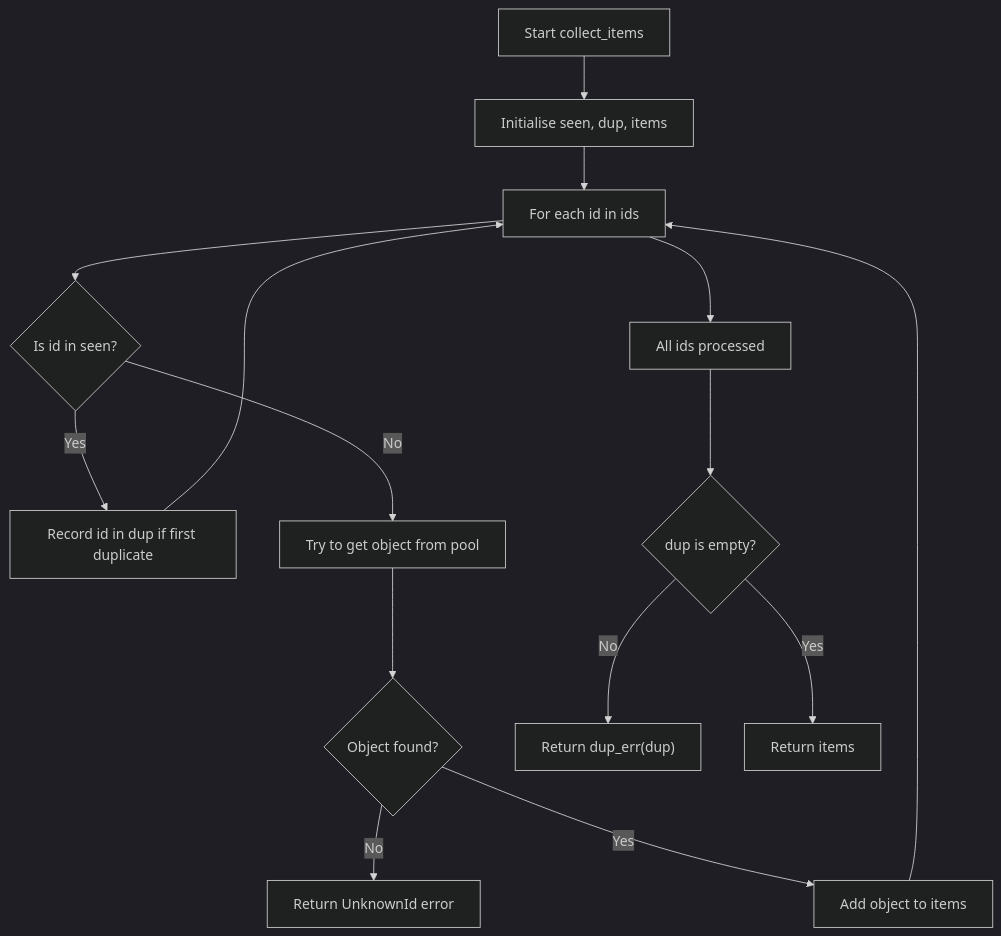
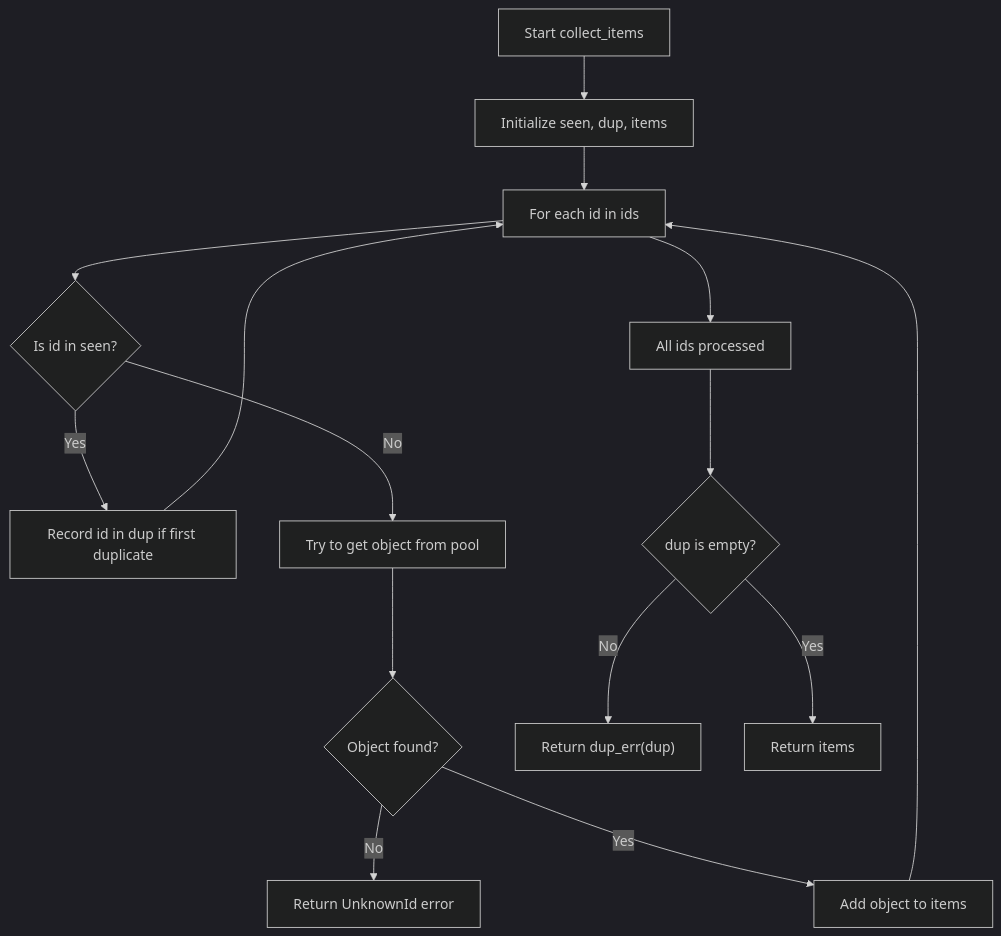
Before and after one commit to leynos/femtologging: the sixth of 6 diagrams in docs/configuration-design.md, drawn with Mermaid (dark theme). The commit also changed other lines of this file and 50 other files, not shown here.

````diff
--- a/docs/configuration-design.md
+++ b/docs/configuration-design.md
@@ -1020,17 +1022,17 @@
 ```mermaid
 flowchart TD
-    A["Start collect_items"] --> B["Initialise seen, dup, items"]
+    A["Start collect_items"] --> B["Initialize seen, dup, items"]
     B --> C["For each id in ids"]
     C --> D{Is id in seen?}
     D -- Yes --> E["Record id in dup if first duplicate"]
     D -- No --> F["Try to get object from pool"]
     F --> G{Object found?}
     G -- No --> H["Return UnknownId error"]
     G -- Yes --> I["Add object to items"]
     E --> C
     I --> C
     C --> J["All ids processed"]
     J --> K{dup is empty?}
     K -- No --> L["Return dup_err(dup)"]
     K -- Yes --> M["Return items"]
 ```
````
